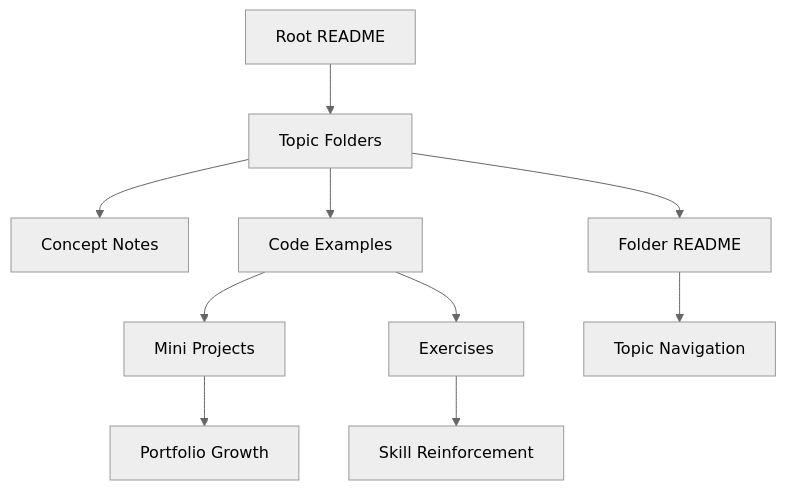
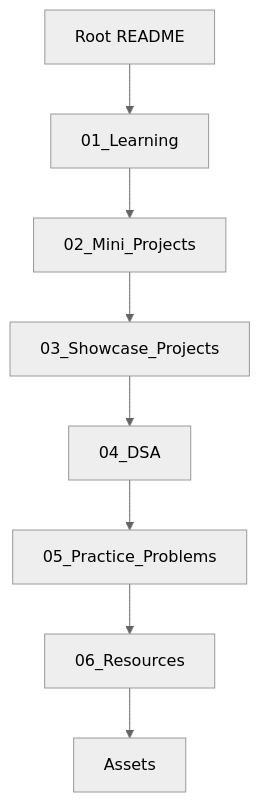
The first of 8 diagrams in README.md (ArnavRajDas/Programming-in-Python), drawn with Mermaid (neutral theme) before and after one commit. The commit also changed other lines of this file and 1 other file, not shown here.

Commit message:
Redesign README structure and repository architecture and add Assets folder

````diff
--- a/README.md
+++ b/README.md
@@ -227,12 +154,10 @@
 ```mermaid
 flowchart TD
-	A[Root README] --> B[Topic Folders]
-	B --> C[Concept Notes]
-	B --> D[Code Examples]
-	B --> E[Folder README]
-	D --> F[Mini Projects]
-	D --> G[Exercises]
-	F --> H[Portfolio Growth]
-	G --> I[Skill Reinforcement]
-	E --> J[Topic Navigation]
+	A[Root README] --> B[01_Learning]
+	B --> C[02_Mini_Projects]
+	C --> D[03_Showcase_Projects]
+	D --> E[04_DSA]
+	E --> F[05_Practice_Problems]
+	F --> G[06_Resources]
+	G --> H[Assets]
 ```
````
